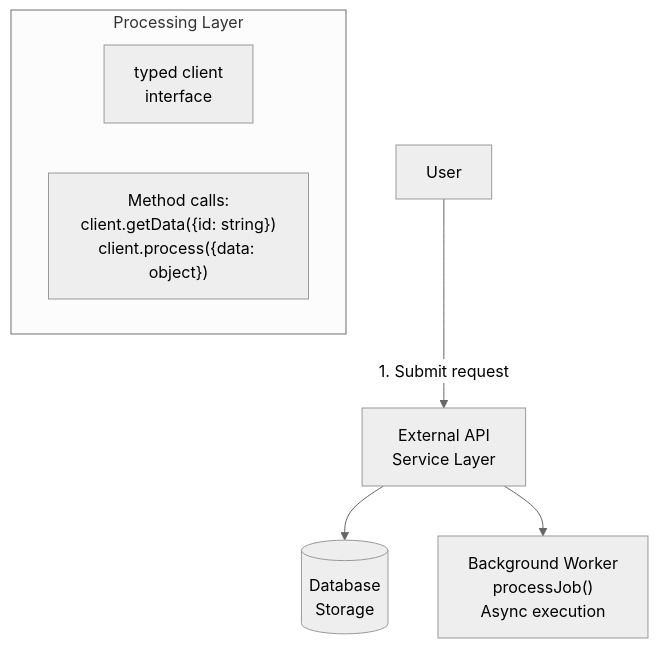
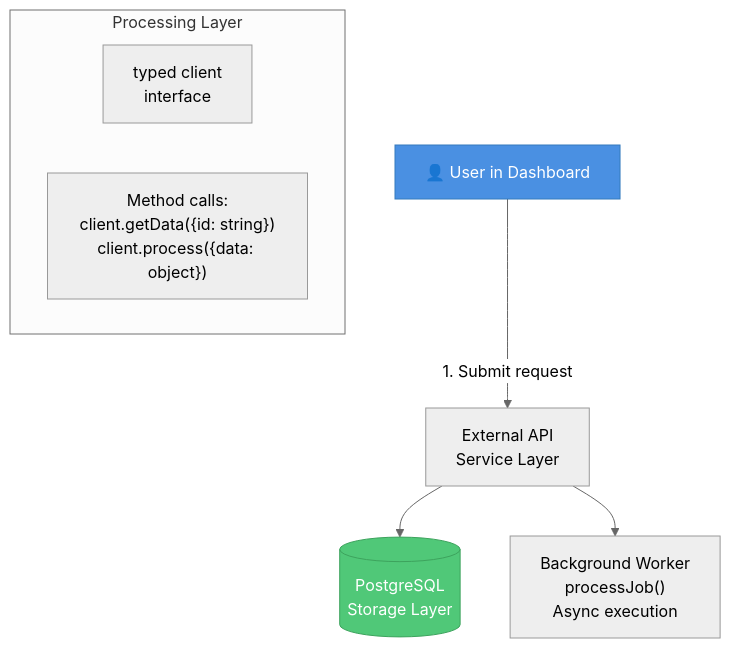
Before and after one commit to jahands/prompts: the diagram in cursor-rules/mermaid.mdc, drawn with Mermaid (neutral theme). The commit also changed other lines of this file, not shown here.

First line of the commit message:
fix: improve mermaid rule

````diff
--- a/cursor-rules/mermaid.mdc
+++ b/cursor-rules/mermaid.mdc
@@ -26,11 +35,17 @@
 ```mermaid
 graph TB
-    User -- "<p>1. Submit request</p>" --> API["<p>External API<br/>Service Layer</p>"]
-    API --> DB[("Database<br/>Storage")]
-    API --> Worker["Background Worker<br/>processJob()<br/>Async execution"]
+    User["<p>👤 User in Dashboard</p>"] -- "<p>1. Submit request</p>" --> API["<p>External API<br/>Service Layer</p>"]
+    API --> DB[("<p>PostgreSQL<br/>Storage Layer</p>")]
+    API --> Worker["<p>Background Worker<br/>processJob()<br/>Async execution</p>"]
     
-    subgraph "Processing Layer"
-        Client["typed client<br/>interface"]
-        Methods["Method calls:<br/>client.getData({id: string})<br/>client.process({data: object})"]
+    subgraph Processing Layer
+        Client["<p>typed client<br/>interface</p>"]
+        Methods["<p>Method calls:<br/>client.getData({id: string})<br/>client.process({data: object})</p>"]
     end
+    
+    classDef userNode fill:#4a90e2,stroke:#357abd,color:#ffffff
+    classDef dbNode fill:#50c878,stroke:#3da35d,color:#ffffff
+    
+    class User userNode
+    class DB dbNode
 ```
````
